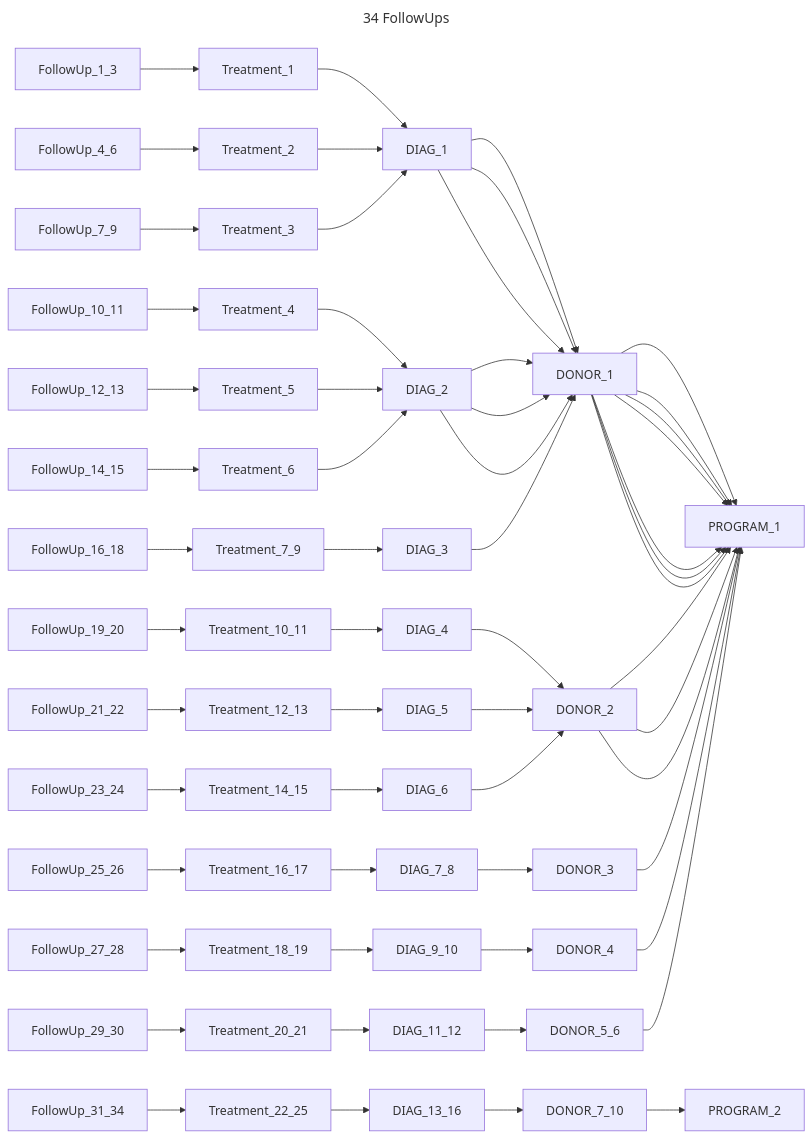
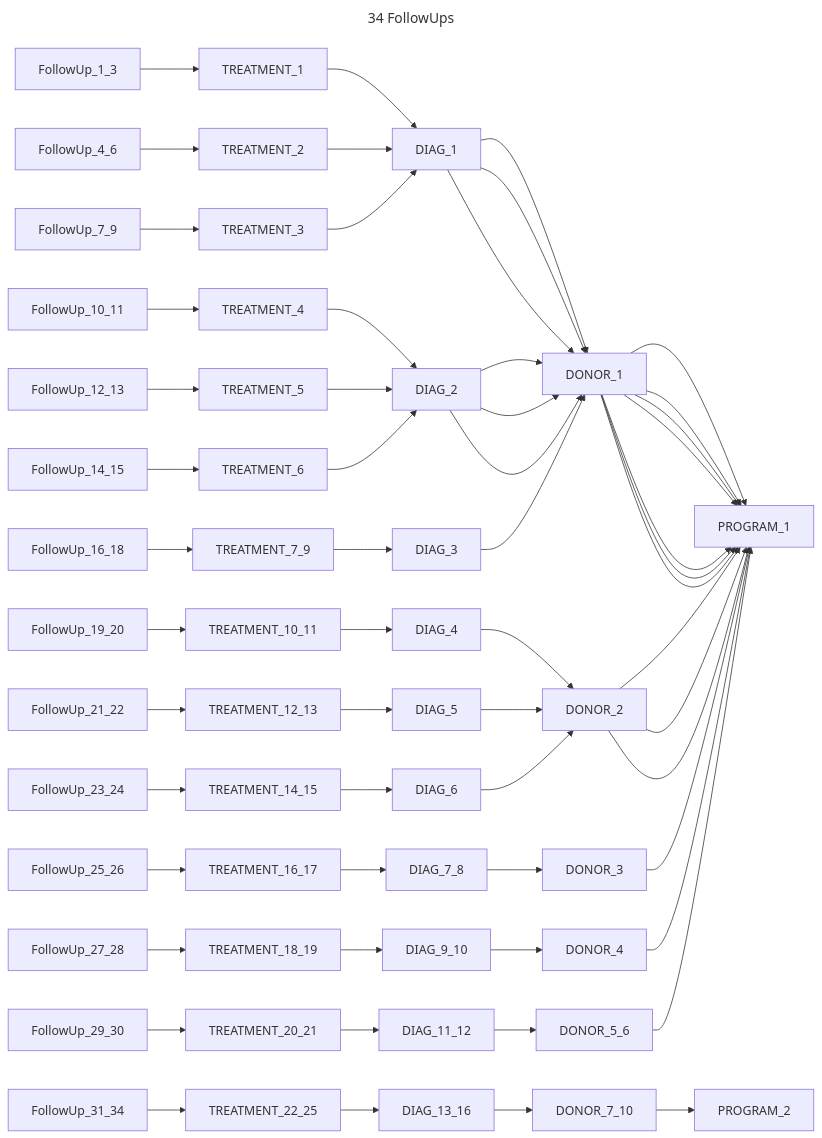
Before and after one commit to CanDIG/katsu: diagram 11 of 14 in chord_metadata_service/mohpackets/data/small_dataset/README.md, drawn with Mermaid. The commit also changed other lines of this file and 2 other files, not shown here.

Commit message:
check graphs

````diff
--- a/chord_metadata_service/mohpackets/data/small_dataset/README.md
+++ b/chord_metadata_service/mohpackets/data/small_dataset/README.md
@@ -177,20 +177,20 @@
 ```mermaid
 ---
 title: 34 FollowUps
 ---
 graph LR;  
-  FollowUp_1_3 --> Treatment_1 --> DIAG_1 --> DONOR_1 --> PROGRAM_1;  
-  FollowUp_4_6 --> Treatment_2 --> DIAG_1 --> DONOR_1 --> PROGRAM_1;  
-  FollowUp_7_9 --> Treatment_3 --> DIAG_1 --> DONOR_1 --> PROGRAM_1;  
-  FollowUp_10_11 --> Treatment_4 --> DIAG_2 --> DONOR_1 --> PROGRAM_1; 
-  FollowUp_12_13 --> Treatment_5 --> DIAG_2 --> DONOR_1 --> PROGRAM_1; 
-  FollowUp_14_15 --> Treatment_6 --> DIAG_2 --> DONOR_1 --> PROGRAM_1; 
-  FollowUp_16_18 --> Treatment_7_9 --> DIAG_3 --> DONOR_1 --> PROGRAM_1;
-  FollowUp_19_20 --> Treatment_10_11 --> DIAG_4 --> DONOR_2 --> PROGRAM_1;  
-  FollowUp_21_22 --> Treatment_12_13 --> DIAG_5 --> DONOR_2 --> PROGRAM_1;  
-  FollowUp_23_24 --> Treatment_14_15 --> DIAG_6 --> DONOR_2 --> PROGRAM_1; 
-  FollowUp_25_26 --> Treatment_16_17 --> DIAG_7_8 --> DONOR_3 --> PROGRAM_1;  
-  FollowUp_27_28 --> Treatment_18_19 --> DIAG_9_10 --> DONOR_4 --> PROGRAM_1;  
-  FollowUp_29_30 --> Treatment_20_21 --> DIAG_11_12 --> DONOR_5_6 --> PROGRAM_1;  
-  FollowUp_31_34 --> Treatment_22_25 --> DIAG_13_16 --> DONOR_7_10 --> PROGRAM_2;
+  FollowUp_1_3 --> TREATMENT_1 --> DIAG_1 --> DONOR_1 --> PROGRAM_1;  
+  FollowUp_4_6 --> TREATMENT_2 --> DIAG_1 --> DONOR_1 --> PROGRAM_1;  
+  FollowUp_7_9 --> TREATMENT_3 --> DIAG_1 --> DONOR_1 --> PROGRAM_1;  
+  FollowUp_10_11 --> TREATMENT_4 --> DIAG_2 --> DONOR_1 --> PROGRAM_1; 
+  FollowUp_12_13 --> TREATMENT_5 --> DIAG_2 --> DONOR_1 --> PROGRAM_1; 
+  FollowUp_14_15 --> TREATMENT_6 --> DIAG_2 --> DONOR_1 --> PROGRAM_1; 
+  FollowUp_16_18 --> TREATMENT_7_9 --> DIAG_3 --> DONOR_1 --> PROGRAM_1;
+  FollowUp_19_20 --> TREATMENT_10_11 --> DIAG_4 --> DONOR_2 --> PROGRAM_1;  
+  FollowUp_21_22 --> TREATMENT_12_13 --> DIAG_5 --> DONOR_2 --> PROGRAM_1;  
+  FollowUp_23_24 --> TREATMENT_14_15 --> DIAG_6 --> DONOR_2 --> PROGRAM_1; 
+  FollowUp_25_26 --> TREATMENT_16_17 --> DIAG_7_8 --> DONOR_3 --> PROGRAM_1;  
+  FollowUp_27_28 --> TREATMENT_18_19 --> DIAG_9_10 --> DONOR_4 --> PROGRAM_1;  
+  FollowUp_29_30 --> TREATMENT_20_21 --> DIAG_11_12 --> DONOR_5_6 --> PROGRAM_1;  
+  FollowUp_31_34 --> TREATMENT_22_25 --> DIAG_13_16 --> DONOR_7_10 --> PROGRAM_2;
 ```
````
